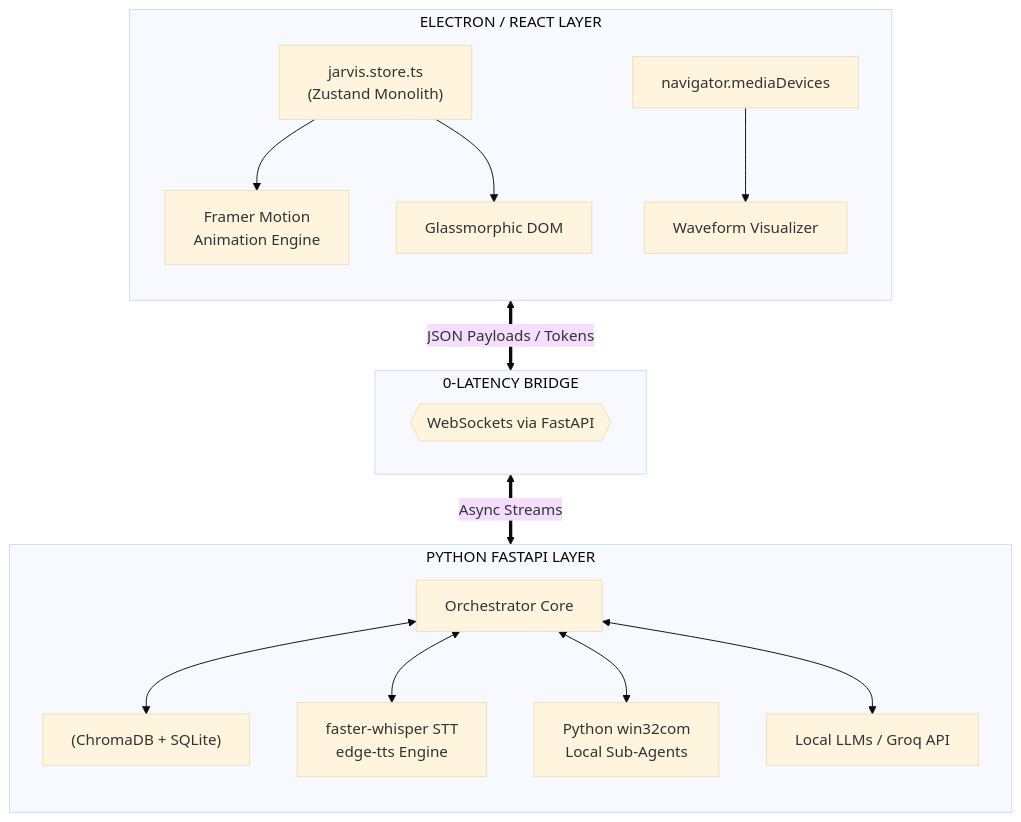
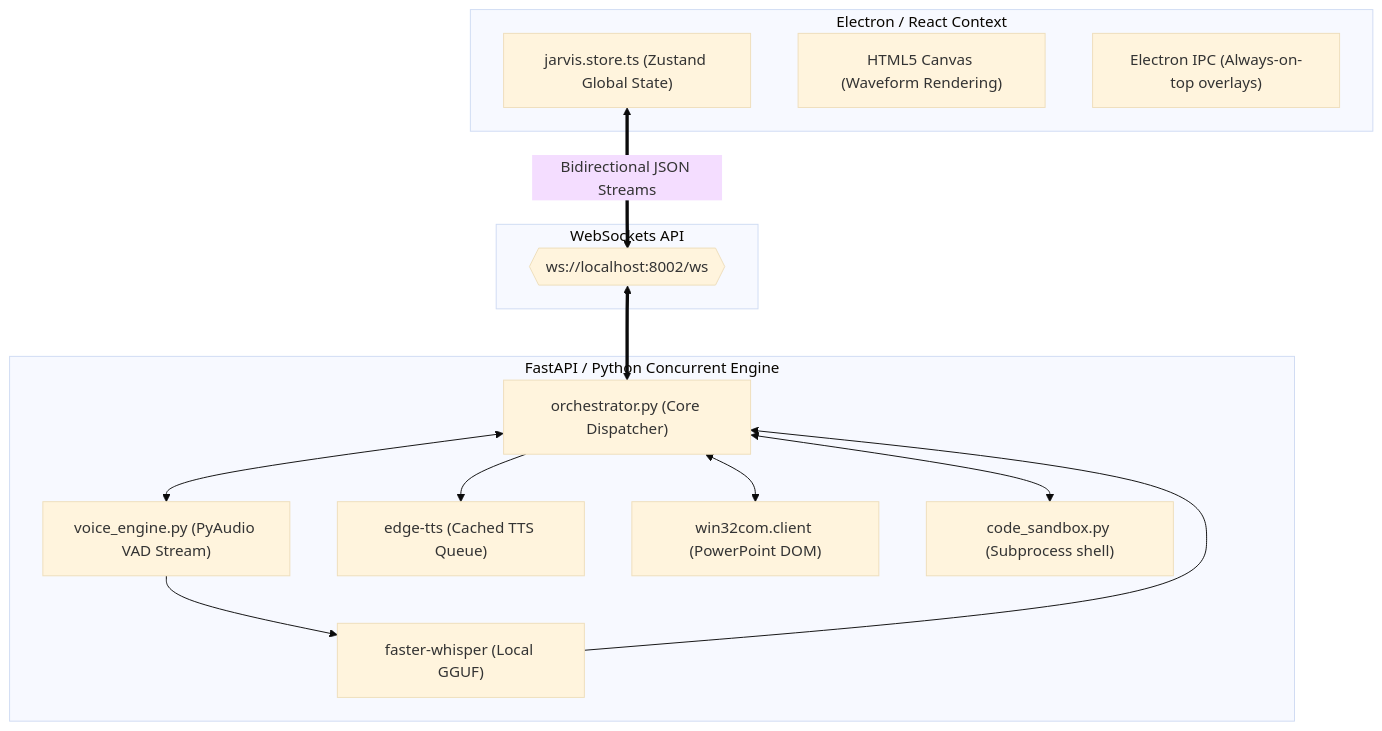
The diagram in README.md (Allen73737/astryx-ai-assistant), drawn with Mermaid (base theme) before and after one commit. The commit also changed other lines of this file, not shown here.

````diff
--- a/README.md
+++ b/README.md
@@ -115,31 +97,31 @@
 ```mermaid
 graph TD;
-    subgraph FRONTEND [ELECTRON / REACT LAYER]
-        direction TB
-        Z["jarvis.store.ts<br>(Zustand Monolith)"] --> FM["Framer Motion<br>Animation Engine"]
-        Z --> DOM["Glassmorphic DOM"]
-        Mic["navigator.mediaDevices"] --> VAD_UI["Waveform Visualizer"]
+    subgraph Client [Electron / React Context]
+        Z["jarvis.store.ts (Zustand Global State)"]
+        Canvas["HTML5 Canvas (Waveform Rendering)"]
+        IPC["Electron IPC (Always-on-top overlays)"]
     end
 
-    subgraph TRANSPORT [0-LATENCY BRIDGE]
-        direction LR
-        WS{{"WebSockets via FastAPI"}}
+    subgraph Transport [WebSockets API]
+        WS{{"ws://localhost:8002/ws"}}
     end
 
-    subgraph BACKEND [PYTHON FASTAPI LAYER]
-        direction TB
-        ORB["Orchestrator Core"]
-        MEM["(ChromaDB + SQLite)"]
-        VOICE["faster-whisper STT<br>edge-tts Engine"]
-        TOOLS["Python win32com<br>Local Sub-Agents"]
-        LLM["Local LLMs / Groq API"]
+    subgraph Backend [FastAPI / Python Concurrent Engine]
+        ORCH["orchestrator.py (Core Dispatcher)"]
+        VAD["voice_engine.py (PyAudio VAD Stream)"]
+        STT["faster-whisper (Local GGUF)"]
+        TTS["edge-tts (Cached TTS Queue)"]
+        COM["win32com.client (PowerPoint DOM)"]
+        SANDBOX["code_sandbox.py (Subprocess shell)"]
         
-        ORB <--> MEM
-        ORB <--> VOICE
-        ORB <--> TOOLS
-        ORB <--> LLM
+        ORCH <--> COM
+        ORCH <--> SANDBOX
+        ORCH <--> VAD
+        VAD --> STT
+        STT --> ORCH
+        ORCH --> TTS
     end
 
-    Z <==> |"JSON Payloads / Tokens"| WS
-    WS <==> |"Async Streams"| ORB
+    Z <==> |Bidirectional JSON Streams| WS
+    WS <==> ORCH
 ```
````
